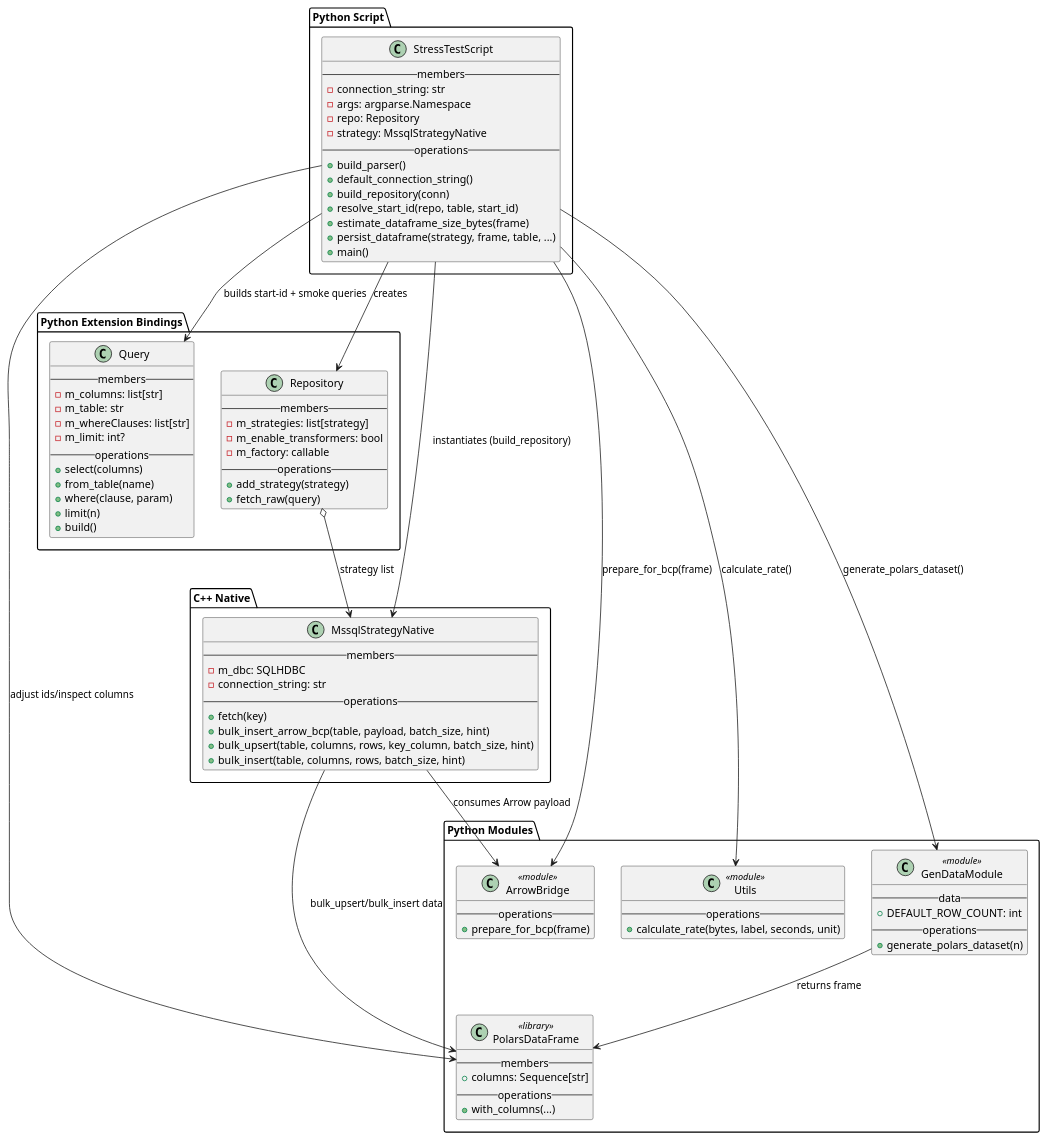
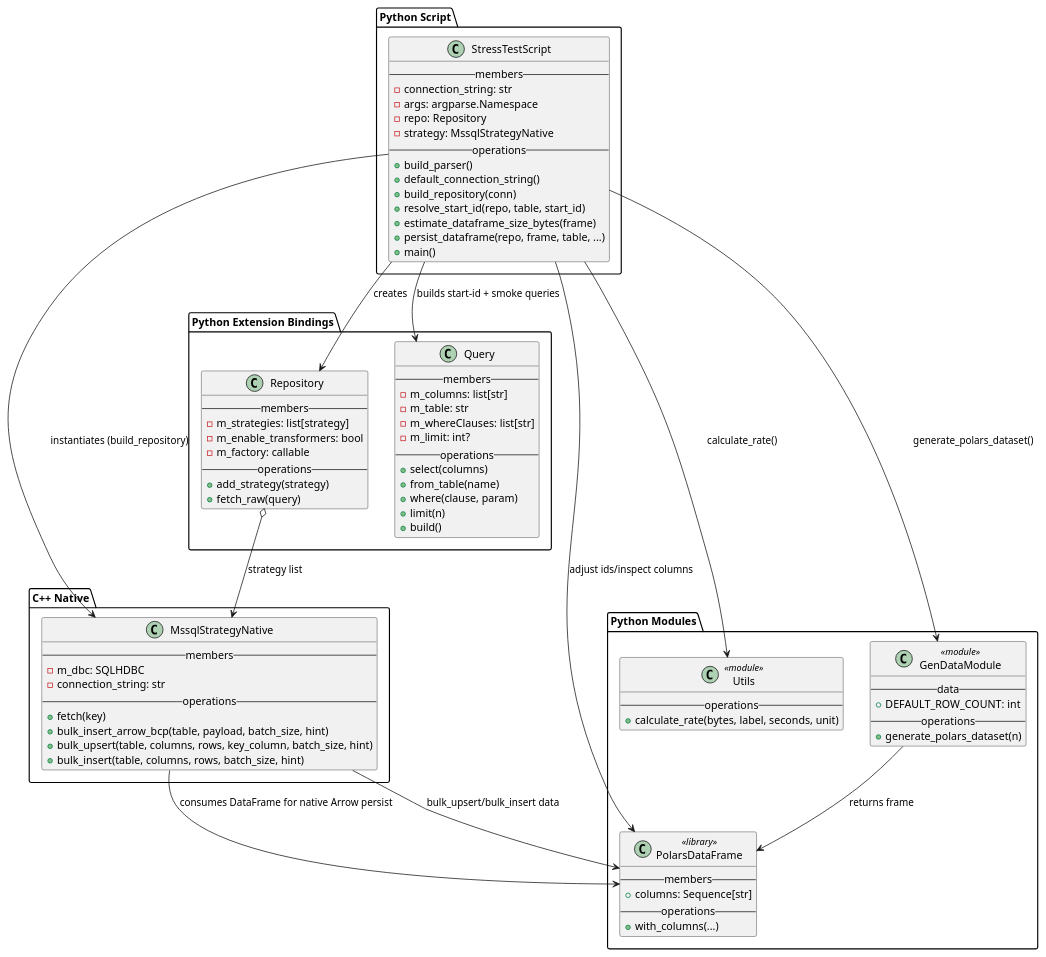
The diagram in docs/design/stress_test_class_diagram.puml (Debith/pygim), drawn with PlantUML before and after one commit. The commit also changed 22 other files, not shown here.

```diff
--- a/docs/design/stress_test_class_diagram.puml
+++ b/docs/design/stress_test_class_diagram.puml
@@ -1,98 +1,92 @@
 @startuml StressTestClasses
 
 package "Python Script" {
 class StressTestScript {
   -- members --
   -connection_string: str
   -args: argparse.Namespace
   -repo: Repository
   -strategy: MssqlStrategyNative
   -- operations --
   +build_parser()
   +default_connection_string()
   +build_repository(conn)
   +resolve_start_id(repo, table, start_id)
   +estimate_dataframe_size_bytes(frame)
-  +persist_dataframe(strategy, frame, table, ...)
+  +persist_dataframe(repo, frame, table, ...)
   +main()
 }
 }
 
 package "Python Extension Bindings" {
 class Repository {
   -- members --
   -m_strategies: list[strategy]
   -m_enable_transformers: bool
   -m_factory: callable
   -- operations --
   +add_strategy(strategy)
   +fetch_raw(query)
 }
 
 class Query {
   -- members --
   -m_columns: list[str]
   -m_table: str
   -m_whereClauses: list[str]
   -m_limit: int?
   -- operations --
   +select(columns)
   +from_table(name)
   +where(clause, param)
   +limit(n)
   +build()
 }
 }
 
 package "C++ Native" {
 class MssqlStrategyNative {
   -- members --
   -m_dbc: SQLHDBC
   -connection_string: str
   -- operations --
   +fetch(key)
   +bulk_insert_arrow_bcp(table, payload, batch_size, hint)
   +bulk_upsert(table, columns, rows, key_column, batch_size, hint)
   +bulk_insert(table, columns, rows, batch_size, hint)
 }
 }
 
 package "Python Modules" {
 class GenDataModule <<module>> {
   -- data --
   +DEFAULT_ROW_COUNT: int
   -- operations --
   +generate_polars_dataset(n)
 }
 
 class PolarsDataFrame <<library>> {
   -- members --
   +columns: Sequence[str]
   -- operations --
   +with_columns(...)
 }
 
-class ArrowBridge <<module>> {
-  -- operations --
-  +prepare_for_bcp(frame)
-}
-
 class Utils <<module>> {
   -- operations --
   +calculate_rate(bytes, label, seconds, unit)
 }
 }
 
 StressTestScript --> Repository : creates
 StressTestScript --> MssqlStrategyNative : instantiates (build_repository)
 Repository o--> MssqlStrategyNative : strategy list
 StressTestScript --> Query : builds start-id + smoke queries
 StressTestScript --> GenDataModule : generate_polars_dataset()
 GenDataModule --> PolarsDataFrame : returns frame
 StressTestScript --> PolarsDataFrame : adjust ids/inspect columns
-StressTestScript --> ArrowBridge : prepare_for_bcp(frame)
 StressTestScript --> Utils : calculate_rate()
 MssqlStrategyNative --> PolarsDataFrame : bulk_upsert/bulk_insert data
-MssqlStrategyNative --> ArrowBridge : consumes Arrow payload
+MssqlStrategyNative --> PolarsDataFrame : consumes DataFrame for native Arrow persist
 
 @enduml
```
